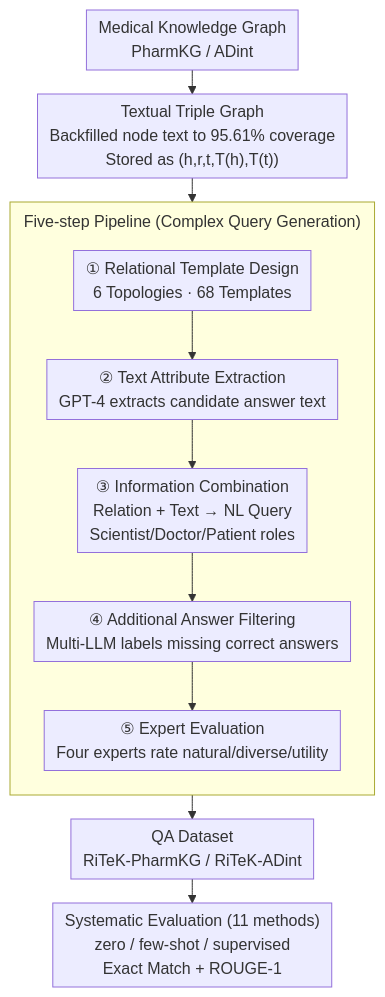
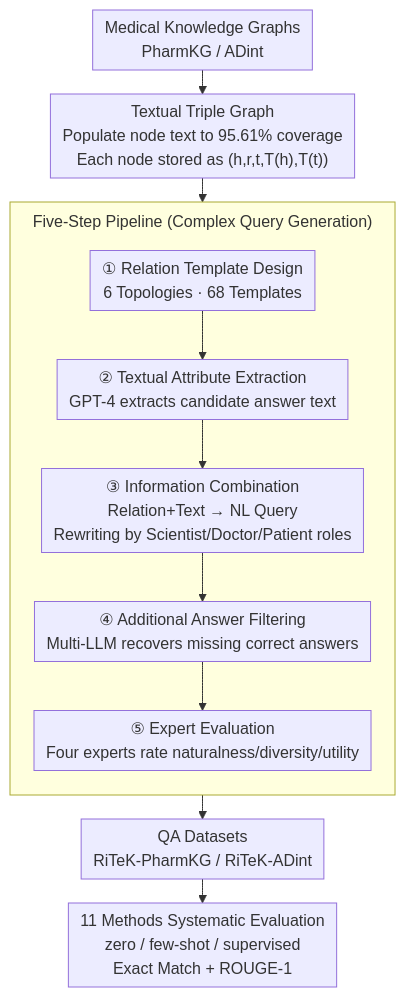
The diagram in docs/ACL2026/information_retrieval/ritek_a_dataset_for_large_language_models_complex_reasoning_over_textual_knowled.md (zhaoyang97/Paper-Notes-en), drawn with Mermaid before and after one commit. The commit also changed other lines of this file and 5084 other files, not shown here.

````diff
--- a/docs/ACL2026/information_retrieval/ritek_a_dataset_for_large_language_models_complex_reasoning_over_textual_knowled.md
+++ b/docs/ACL2026/information_retrieval/ritek_a_dataset_for_large_language_models_complex_reasoning_over_textual_knowled.md
@@ -44,15 +44,15 @@
 ```mermaid
 %%{init: {'flowchart': {'rankSpacing': 24, 'nodeSpacing': 28, 'padding': 6, 'wrappingWidth': 400, 'subGraphTitleMargin': {'top': 8, 'bottom': 16}}}}%%
 flowchart TD
-    A["Medical Knowledge Graph<br/>PharmKG / ADint"] --> B["Textual Triple Graph<br/>Backfilled node text to 95.61% coverage<br/>Stored as (h,r,t,T(h),T(t))"]
+    A["Medical Knowledge Graphs<br/>PharmKG / ADint"] --> B["Textual Triple Graph<br/>Populate node text to 95.61% coverage<br/>Each node stored as (h,r,t,T(h),T(t))"]
     B --> C
-    subgraph C["Five-step Pipeline (Complex Query Generation)"]
+    subgraph C["Five-Step Pipeline (Complex Query Generation)"]
         direction TB
-        C1["① Relational Template Design<br/>6 Topologies · 68 Templates"] --> C2["② Text Attribute Extraction<br/>GPT-4 extracts candidate answer text"]
-        C2 --> C3["③ Information Combination<br/>Relation + Text → NL Query<br/>Scientist/Doctor/Patient roles"]
-        C3 --> C4["④ Additional Answer Filtering<br/>Multi-LLM labels missing correct answers"]
-        C4 --> C5["⑤ Expert Evaluation<br/>Four experts rate natural/diverse/utility"]
+        C1["① Relation Template Design<br/>6 Topologies · 68 Templates"] --> C2["② Textual Attribute Extraction<br/>GPT-4 extracts candidate answer text"]
+        C2 --> C3["③ Information Combination<br/>Relation+Text → NL Query<br/>Rewriting by Scientist/Doctor/Patient roles"]
+        C3 --> C4["④ Additional Answer Filtering<br/>Multi-LLM recovers missing correct answers"]
+        C4 --> C5["⑤ Expert Evaluation<br/>Four experts rate naturalness/diversity/utility"]
     end
-    C --> D["QA Dataset<br/>RiTeK-PharmKG / RiTeK-ADint"]
-    D --> E["Systematic Evaluation (11 methods)<br/>zero / few-shot / supervised<br/>Exact Match + ROUGE-1"]
+    C --> D["QA Datasets<br/>RiTeK-PharmKG / RiTeK-ADint"]
+    D --> E["11 Methods Systematic Evaluation<br/>zero / few-shot / supervised<br/>Exact Match + ROUGE-1"]
 ```
````
